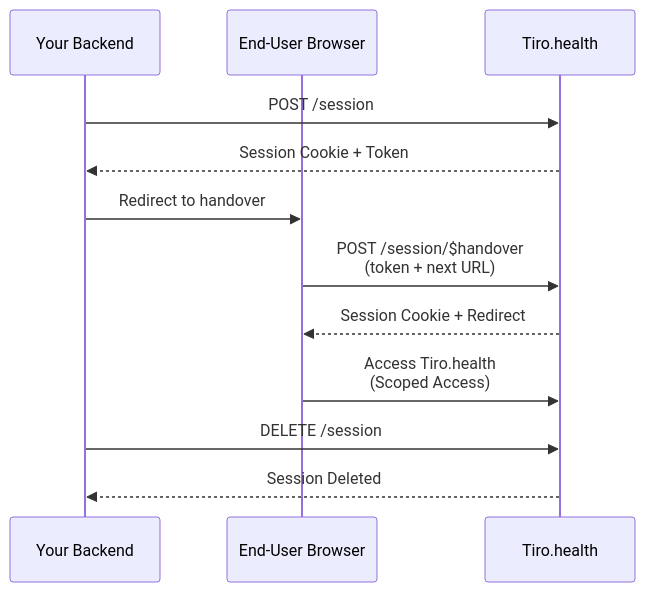
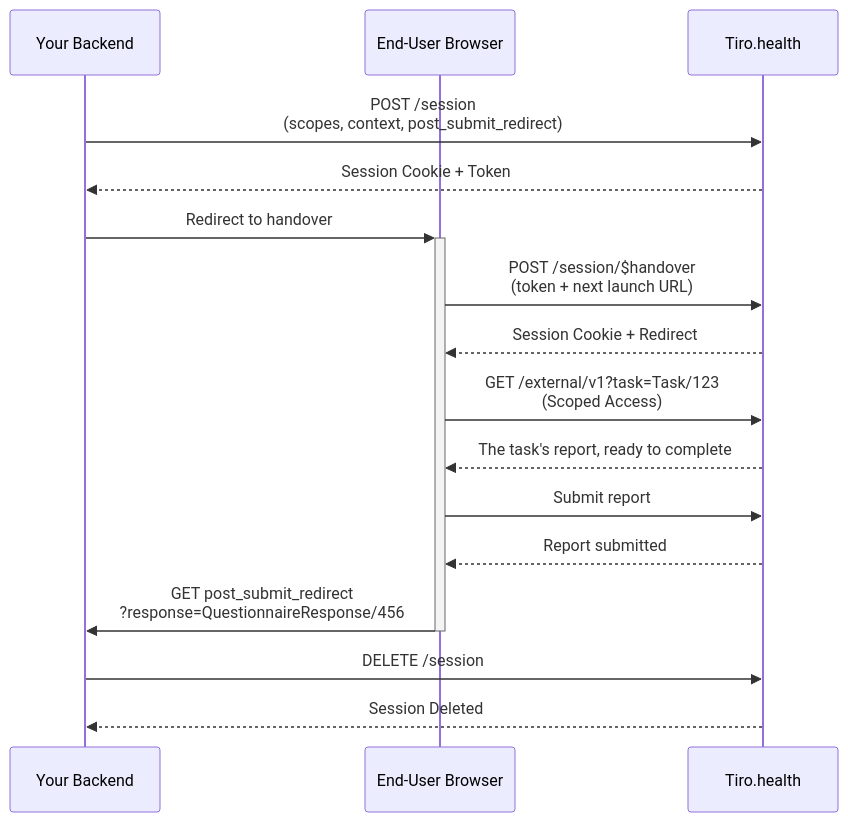
Before and after one commit to Tiro-health/atticus-docs: the diagram in src/app/api/session-management/page.mdx, drawn with Mermaid. The commit also changed other lines of this file and 5 other files, not shown here.

First line of the commit message:
docs: launch reports via /external/v1 instead of internal app routes (#74)

````diff
--- a/src/app/api/session-management/page.mdx
+++ b/src/app/api/session-management/page.mdx
@@ -53,15 +55,19 @@
 ```mermaid
 sequenceDiagram
     participant Backend as Your Backend
     participant Browser as End-User Browser
     participant Tiro as Tiro.health
 
-    Backend->>Tiro: POST /session
+    Backend->>Tiro: POST /session<br/>(scopes, context, post_submit_redirect)
     Tiro-->>Backend: Session Cookie + Token
-    Backend->>Browser: Redirect to handover
-    Browser->>Tiro: POST /session/$handover<br/>(token + next URL)
+    Backend->>+Browser: Redirect to handover
+    Browser->>Tiro: POST /session/$handover<br/>(token + next launch URL)
     Tiro-->>Browser: Session Cookie + Redirect
-    Browser->>Tiro: Access Tiro.health<br/>(Scoped Access)
+    Browser->>Tiro: GET /external/v1?task=Task/123<br/>(Scoped Access)
+    Tiro-->>Browser: The task's report, ready to complete
+    Browser->>Tiro: Submit report
+    Tiro-->>Browser: Report submitted
+    Browser->>-Backend: GET post_submit_redirect<br/>?response=QuestionnaireResponse/456
     Backend->>Tiro: DELETE /session
     Tiro-->>Backend: Session Deleted
 ```
````
